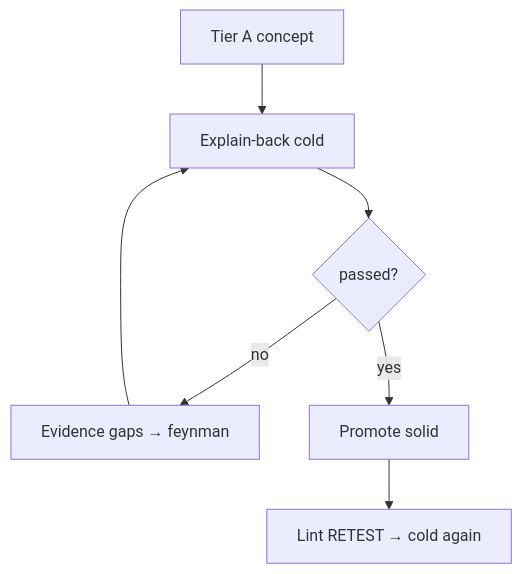
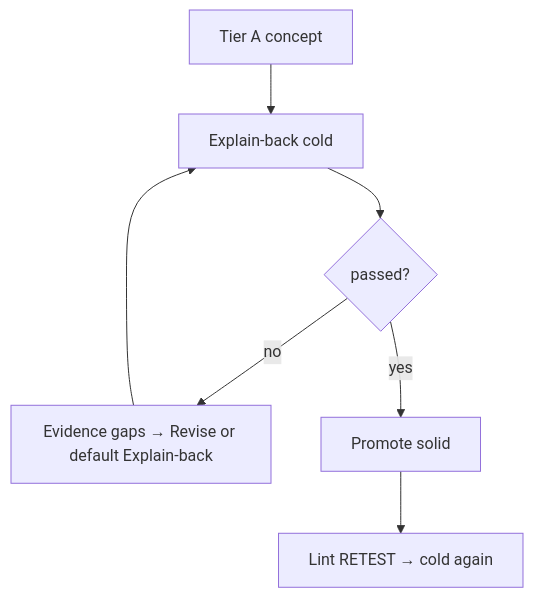
Before and after one commit to dylanchen1925/zhuomo: the diagram in README.md, drawn with Mermaid. The commit also changed other lines of this file and 20 other files, not shown here.

First line of the commit message:
Remove sketch diagram assets and demote feynman from default study path.

````diff
--- a/README.md
+++ b/README.md
@@ -72,9 +72,9 @@
 ```mermaid
 flowchart TD
   A[Tier A concept] --> B["Explain-back cold"]
   B --> C{passed?}
-  C -->|no| D[Evidence gaps → feynman]
+  C -->|no| D[Evidence gaps → Revise or default Explain-back]
   D --> B
   C -->|yes| E[Promote solid]
   E --> F["Lint RETEST → cold again"]
 ```
````
